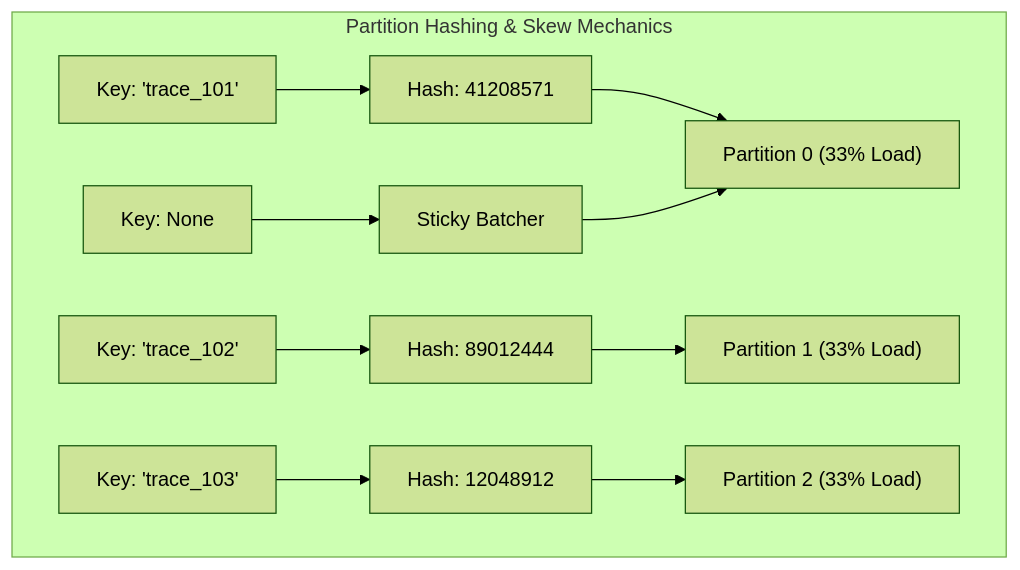
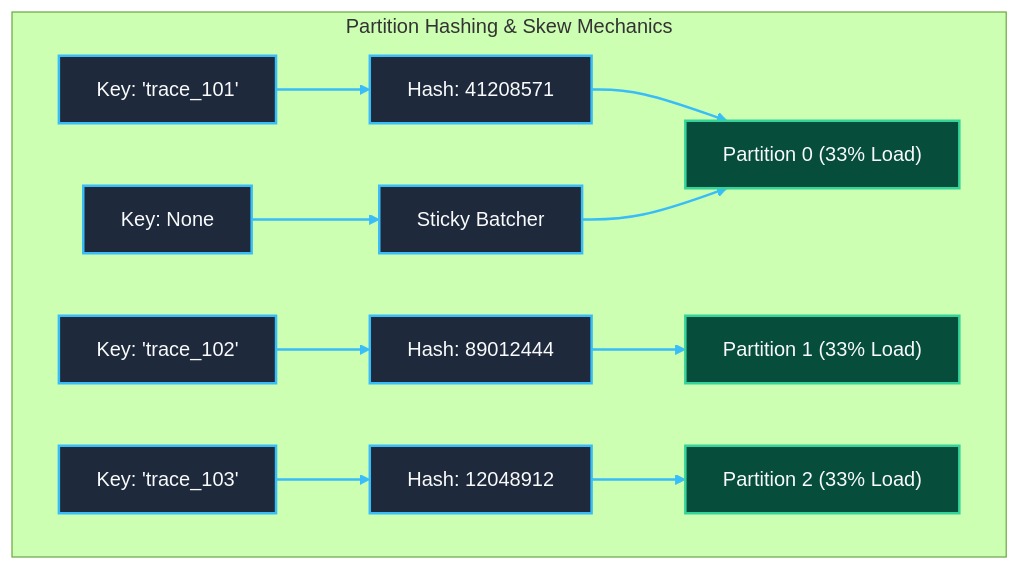
One commit to Chief-Strategist-J/llm-obs-infra changed the tenth of 18 diagrams in docs/configDoc/kafka-configuration-guide.md. Above: the diagram before and after it, drawn with Mermaid (forest theme). The commit also changed other lines of this file, not shown here.

Commit message:
docs(kafka): reorder component sections to Code -> HLD -> LLD -> Parameters and apply custom color styling to all Mermaid diagrams

````diff
--- a/docs/configDoc/kafka-configuration-guide.md
+++ b/docs/configDoc/kafka-configuration-guide.md
@@ -866,9 +1045,23 @@
 ```mermaid
 graph TB
     subgraph PartitionHotspotting ["Partition Hashing & Skew Mechanics"]
         Key1["Key: 'trace_101'"] --> H1["Hash: 41208571"] --> P0["Partition 0 (33% Load)"]
         Key2["Key: 'trace_102'"] --> H2["Hash: 89012444"] --> P1["Partition 1 (33% Load)"]
         Key3["Key: 'trace_103'"] --> H3["Hash: 12048912"] --> P2["Partition 2 (33% Load)"]
         NullKey["Key: None"] --> Sticky["Sticky Batcher"] --> P0
     end
+
+    style Key1 fill:#1e293b,stroke:#38bdf8,stroke-width:2px,color:#f8fafc
+    style Key2 fill:#1e293b,stroke:#38bdf8,stroke-width:2px,color:#f8fafc
+    style Key3 fill:#1e293b,stroke:#38bdf8,stroke-width:2px,color:#f8fafc
+    style NullKey fill:#1e293b,stroke:#38bdf8,stroke-width:2px,color:#f8fafc
+    style H1 fill:#1e293b,stroke:#38bdf8,stroke-width:2px,color:#f8fafc
+    style H2 fill:#1e293b,stroke:#38bdf8,stroke-width:2px,color:#f8fafc
+    style H3 fill:#1e293b,stroke:#38bdf8,stroke-width:2px,color:#f8fafc
+    style Sticky fill:#1e293b,stroke:#38bdf8,stroke-width:2px,color:#f8fafc
+    style P0 fill:#064e3b,stroke:#34d399,stroke-width:2px,color:#f8fafc
+    style P1 fill:#064e3b,stroke:#34d399,stroke-width:2px,color:#f8fafc
+    style P2 fill:#064e3b,stroke:#34d399,stroke-width:2px,color:#f8fafc
+
+    linkStyle 0,1,2,3,4,5,6,7 stroke:#38bdf8,stroke-width:2px;
 ```
````
